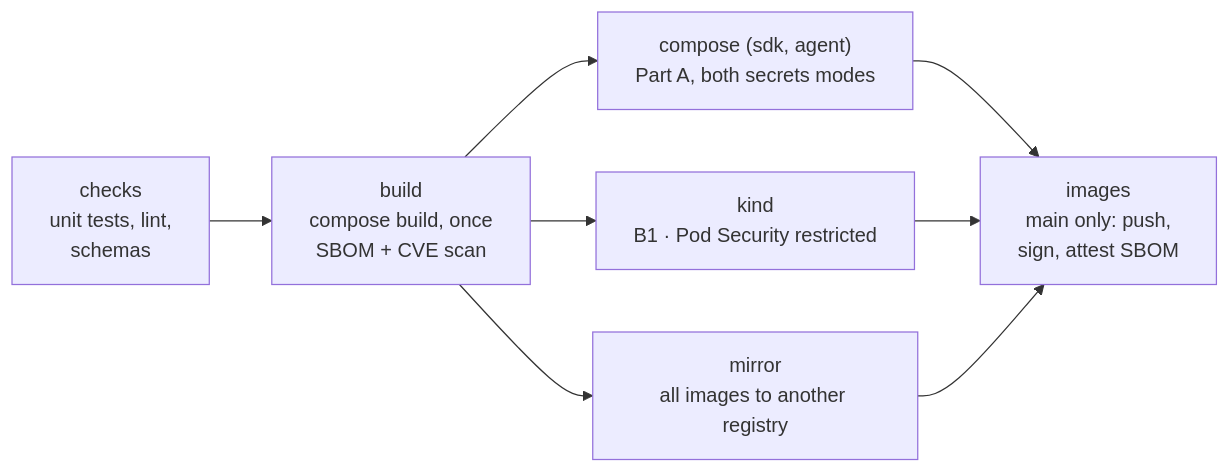
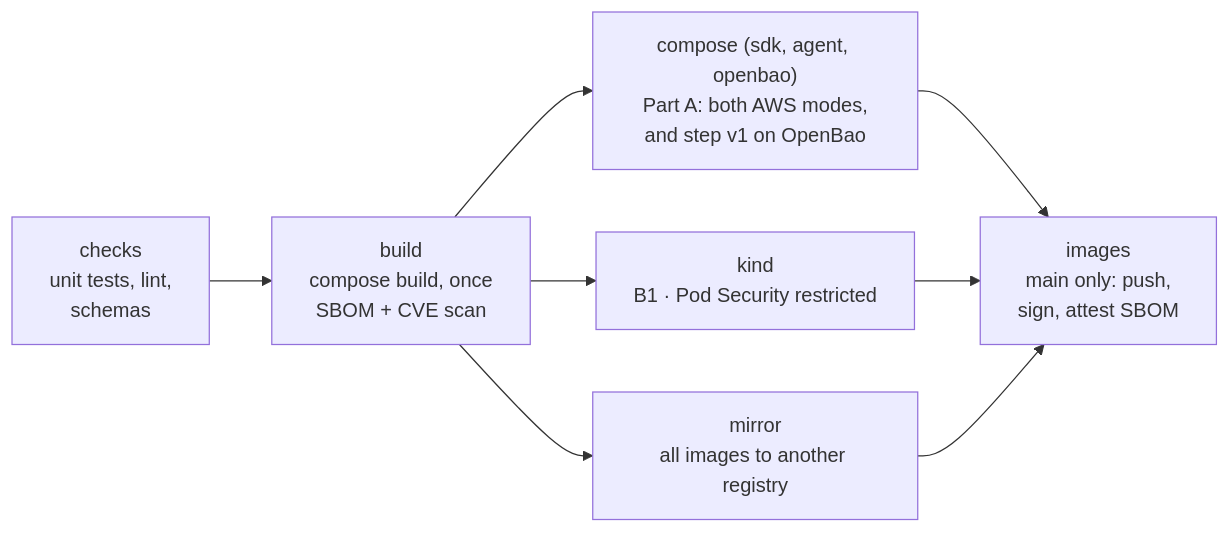
Before and after one commit to ephico2real2/openbao-node-poc: the diagram in docs/GUIDE.md, drawn with Mermaid. The commit also changed other lines of this file and 33 other files, not shown here.

First line of the commit message:
B1-B3: ADR-002, the SECRETS_PROVIDER switch, and the lab on OpenBao (steps/v1-openbao-kv)

````diff
--- a/docs/GUIDE.md
+++ b/docs/GUIDE.md
@@ -238,10 +248,10 @@
 ```mermaid
 flowchart LR
   checks["checks<br/>unit tests, lint,<br/>schemas"] --> build["build<br/>compose build, once<br/>SBOM + CVE scan"]
-  build --> compose["compose (sdk, agent)<br/>Part A, both secrets modes"]
+  build --> compose["compose (sdk, agent, openbao)<br/>Part A: both AWS modes,<br/>and step v1 on OpenBao"]
   build --> kind["kind<br/>B1 · Pod Security restricted"]
   build --> mirror["mirror<br/>all images to another registry"]
   compose --> images["images<br/>main only: push,<br/>sign, attest SBOM"]
   kind --> images
   mirror --> images
 ```
````
